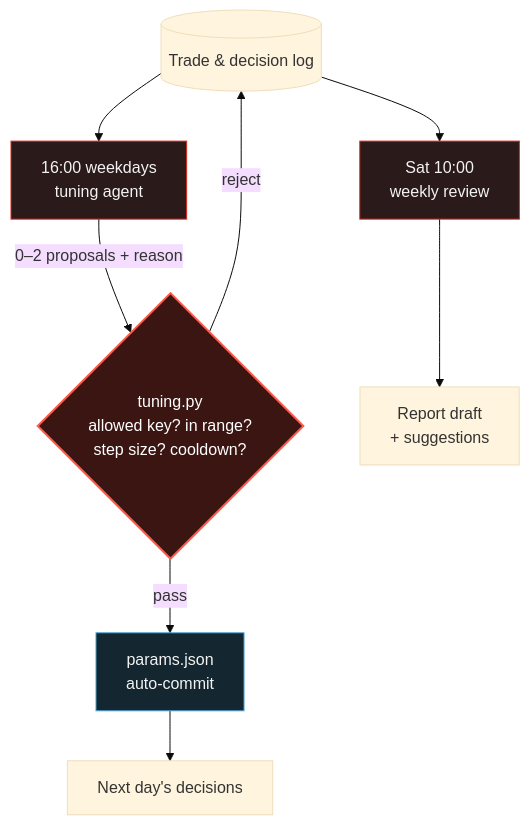
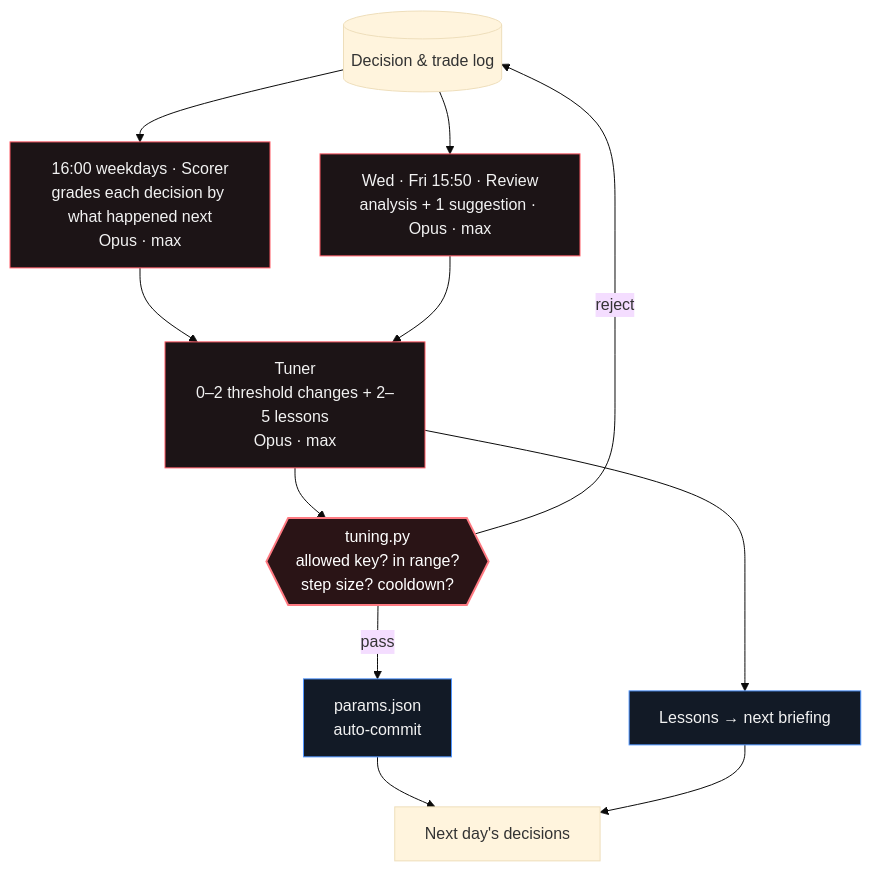
The diagram in assets/diagrams/tuning.en.mmd (isopink/hynix-298f), drawn with Mermaid (base theme) before and after one commit. The commit also changed 18 other files, not shown here.

```diff
--- a/assets/diagrams/tuning.en.mmd
+++ b/assets/diagrams/tuning.en.mmd
@@ -1,13 +1,17 @@
 flowchart TB
-    J[("Trade & decision log")] --> T["16:00 weekdays<br/>tuning agent"]
-    T -->|"0–2 proposals + reason"| C{"tuning.py<br/>allowed key? in range?<br/>step size? cooldown?"}
+    J[("Decision & trade log")] --> SC["16:00 weekdays · Scorer<br/>grades each decision by what happened next<br/>Opus · max"]
+    SC --> TU["Tuner<br/>0–2 threshold changes + 2–5 lessons<br/>Opus · max"]
+    TU --> C{{"tuning.py<br/>allowed key? in range?<br/>step size? cooldown?"}}
     C -- pass --> P["params.json<br/>auto-commit"]
     C -- reject --> J
+    TU --> LS["Lessons → next briefing"]
     P --> D["Next day's decisions"]
-    J --> W["Sat 10:00<br/>weekly review"] --> R["Report draft<br/>+ suggestions"]
-    classDef agent fill:#2a1a1a,stroke:#da291c,color:#f3f3f3
-    classDef hook fill:#3a1512,stroke:#ff5a4a,stroke-width:2px,color:#ffffff
-    classDef ok fill:#14262f,stroke:#4aa3d4,color:#f3f3f3
-    class T,W agent
+    LS --> D
+    J --> W["Wed · Fri 15:50 · Review<br/>analysis + 1 suggestion · Opus · max"]
+    W --> TU
+    classDef agent fill:#1c1416,stroke:#ff5a65,color:#f2f2f2
+    classDef hook fill:#2a1416,stroke:#ff7a82,stroke-width:2px,color:#ffffff
+    classDef ok fill:#121a26,stroke:#4e94ff,color:#f2f2f2
+    class SC,TU,W agent
     class C hook
-    class P ok
+    class P,LS ok
```
